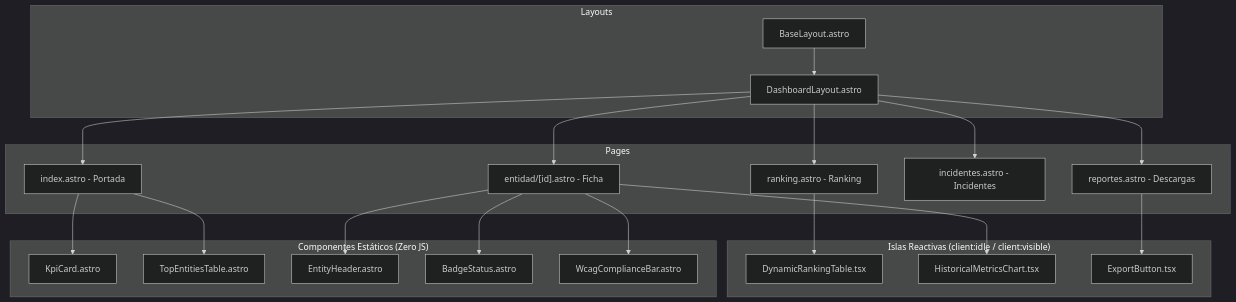
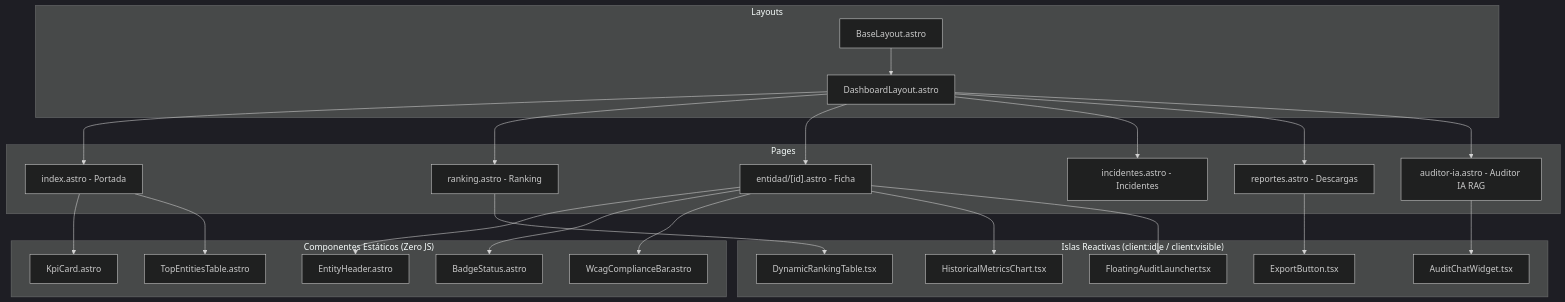
One commit to yhuayhuahi/Observatorio_Digital changed the diagram in docs/SDD/04-frontend-dashboard.spec.md. Above: the diagram before and after it, drawn with Mermaid (dark theme). The commit also changed other lines of this file and 84 other files, not shown here.

````diff
--- a/docs/SDD/04-frontend-dashboard.spec.md
+++ b/docs/SDD/04-frontend-dashboard.spec.md
@@ -45,28 +49,31 @@
 ```mermaid
 graph TD
     subgraph Layouts
         BL[BaseLayout.astro] --> DL[DashboardLayout.astro]
     end
 
     subgraph Pages
         DL --> P_Home[index.astro - Portada]
         DL --> P_Rank[ranking.astro - Ranking]
         DL --> P_Ent["entidad/[id].astro - Ficha"]
         DL --> P_Inc[incidentes.astro - Incidentes]
         DL --> P_Rep[reportes.astro - Descargas]
+        DL --> P_Aud[auditor-ia.astro - Auditor IA RAG]
     end
 
     subgraph Static_UI_Components ["Componentes Estáticos (Zero JS)"]
         P_Home --> KpiCard[KpiCard.astro]
         P_Home --> TopTable[TopEntitiesTable.astro]
         P_Ent --> EntityHeader[EntityHeader.astro]
         P_Ent --> BadgeStatus[BadgeStatus.astro]
         P_Ent --> WcagBar[WcagComplianceBar.astro]
     end
 
     subgraph Interactive_Islands ["Islas Reactivas (client:idle / client:visible)"]
         P_Rank --> DynamicTable[DynamicRankingTable.tsx]
         P_Ent --> HistoryChart[HistoricalMetricsChart.tsx]
         P_Rep --> ExportBtn[ExportButton.tsx]
+        P_Aud --> ChatWidget[AuditChatWidget.tsx]
+        P_Ent --> FloatChatBtn[FloatingAuditLauncher.tsx]
     end
 ```
````
